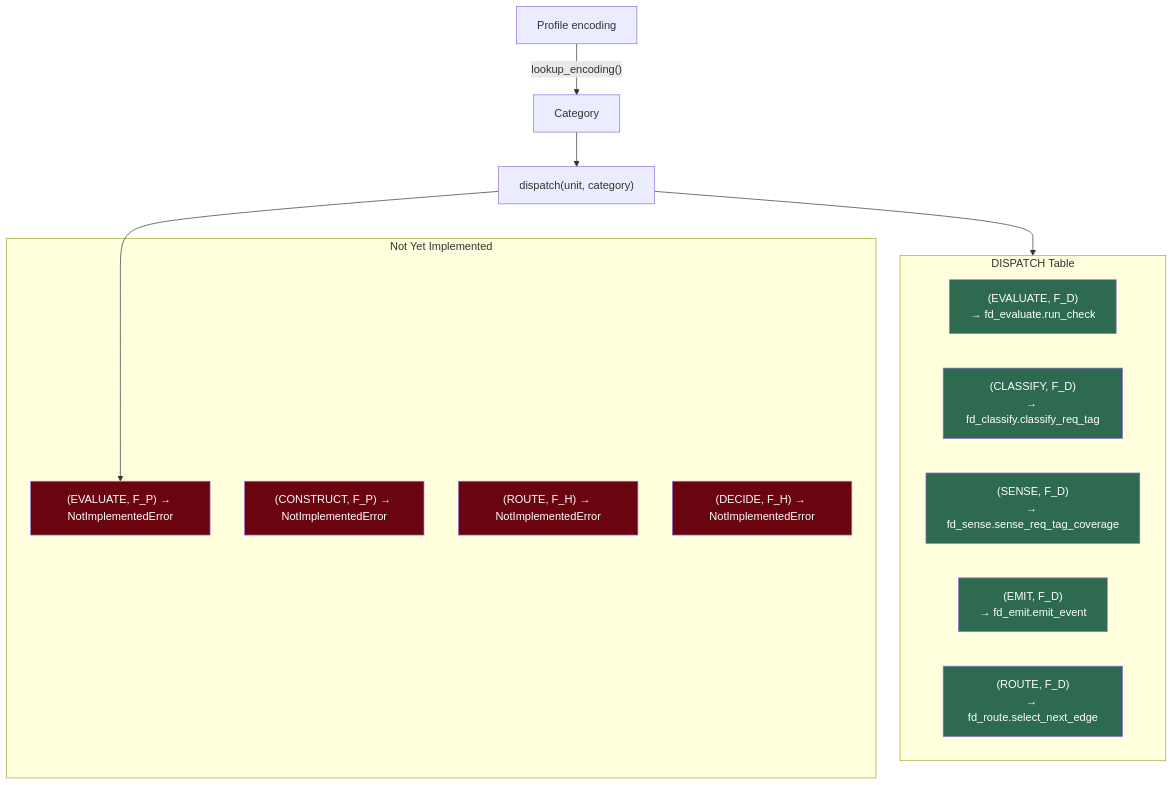
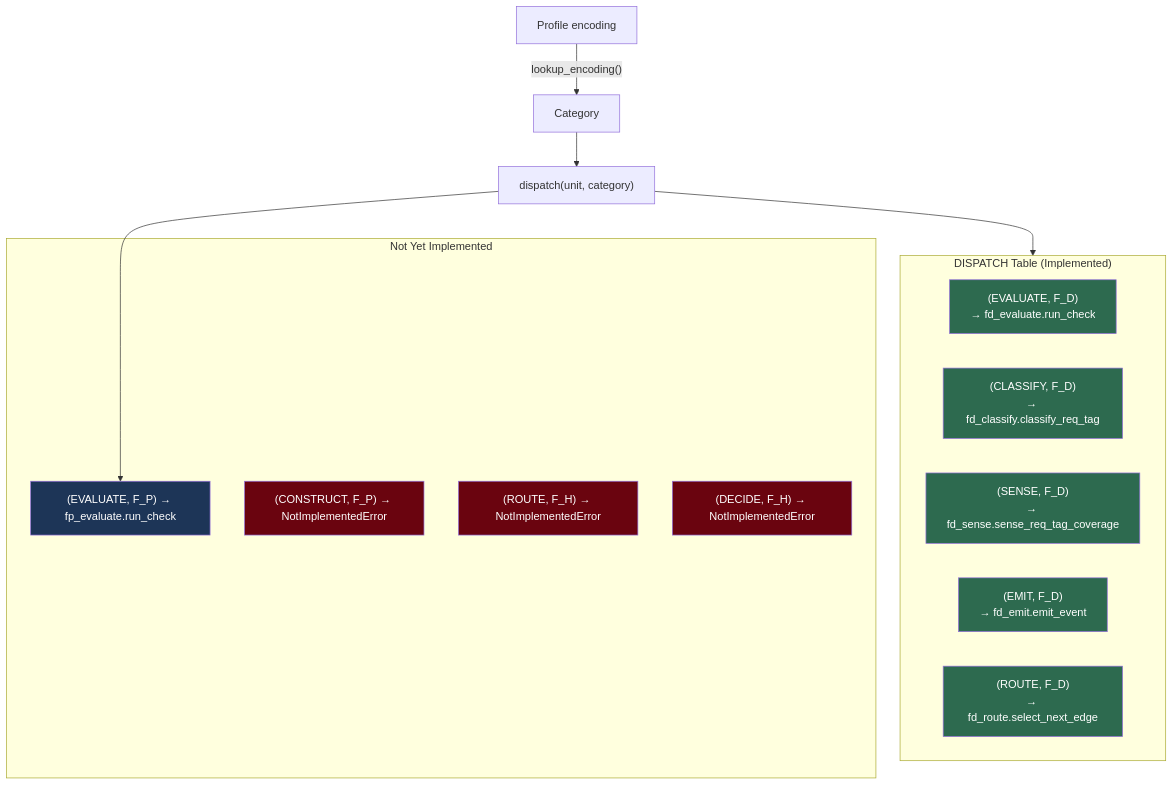
Diagram 13 of 19 in imp_claude/design/FUNCTOR_FRAMEWORK_DESIGN.md (foolishimp/ai_sdlc_method), drawn with Mermaid before and after one commit. The commit also changed other lines of this file, not shown here.

````diff
--- a/imp_claude/design/FUNCTOR_FRAMEWORK_DESIGN.md
+++ b/imp_claude/design/FUNCTOR_FRAMEWORK_DESIGN.md
@@ -683,33 +748,33 @@
 ```mermaid
 graph TD
-    subgraph "DISPATCH Table"
+    subgraph "DISPATCH Table (Implemented)"
         direction LR
         E_D["(EVALUATE, F_D)<br/>→ fd_evaluate.run_check"]
         C_D["(CLASSIFY, F_D)<br/>→ fd_classify.classify_req_tag"]
         S_D["(SENSE, F_D)<br/>→ fd_sense.sense_req_tag_coverage"]
         M_D["(EMIT, F_D)<br/>→ fd_emit.emit_event"]
         R_D["(ROUTE, F_D)<br/>→ fd_route.select_next_edge"]
     end
 
     subgraph "Not Yet Implemented"
-        E_P["(EVALUATE, F_P) → NotImplementedError"]
+        E_P["(EVALUATE, F_P) → fp_evaluate.run_check"]
         C_P["(CONSTRUCT, F_P) → NotImplementedError"]
         R_H["(ROUTE, F_H) → NotImplementedError"]
         D_H["(DECIDE, F_H) → NotImplementedError"]
     end
 
     PROF["Profile encoding"] -->|"lookup_encoding()"| CAT["Category"]
     CAT --> DIS["dispatch(unit, category)"]
     DIS --> E_D
     DIS --> E_P
 
     style E_D fill:#2d6a4f,color:#fff
     style C_D fill:#2d6a4f,color:#fff
     style S_D fill:#2d6a4f,color:#fff
     style M_D fill:#2d6a4f,color:#fff
     style R_D fill:#2d6a4f,color:#fff
-    style E_P fill:#6a040f,color:#fff
+    style E_P fill:#1d3557,color:#fff
     style C_P fill:#6a040f,color:#fff
     style R_H fill:#6a040f,color:#fff
     style D_H fill:#6a040f,color:#fff
 ```
````
